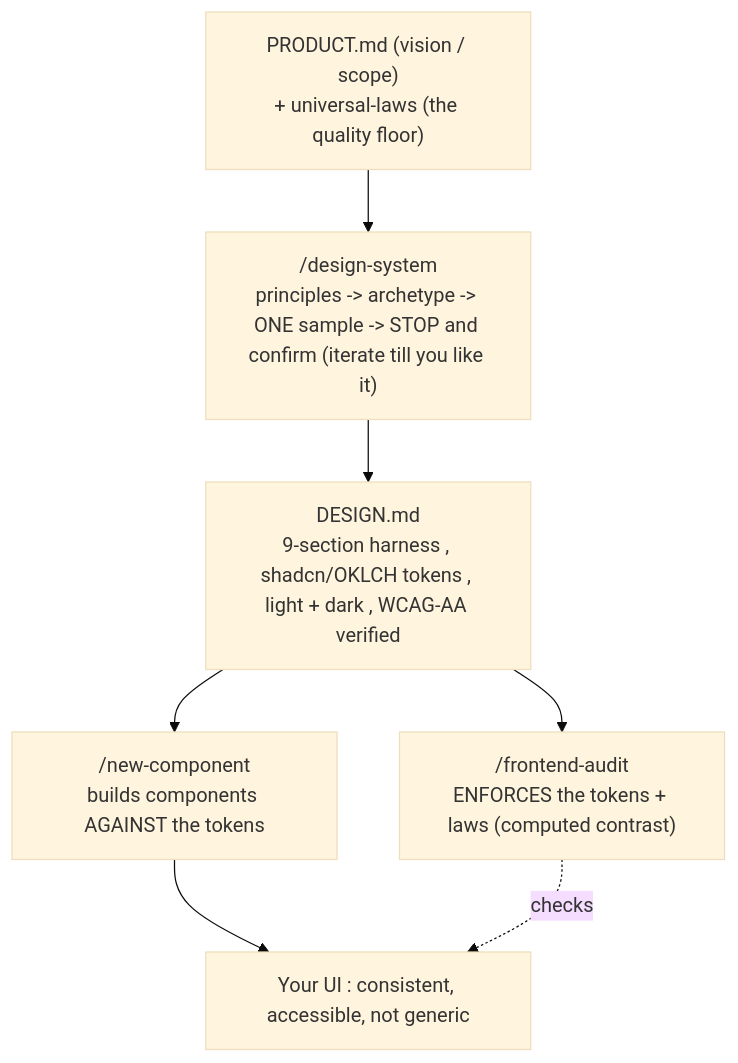
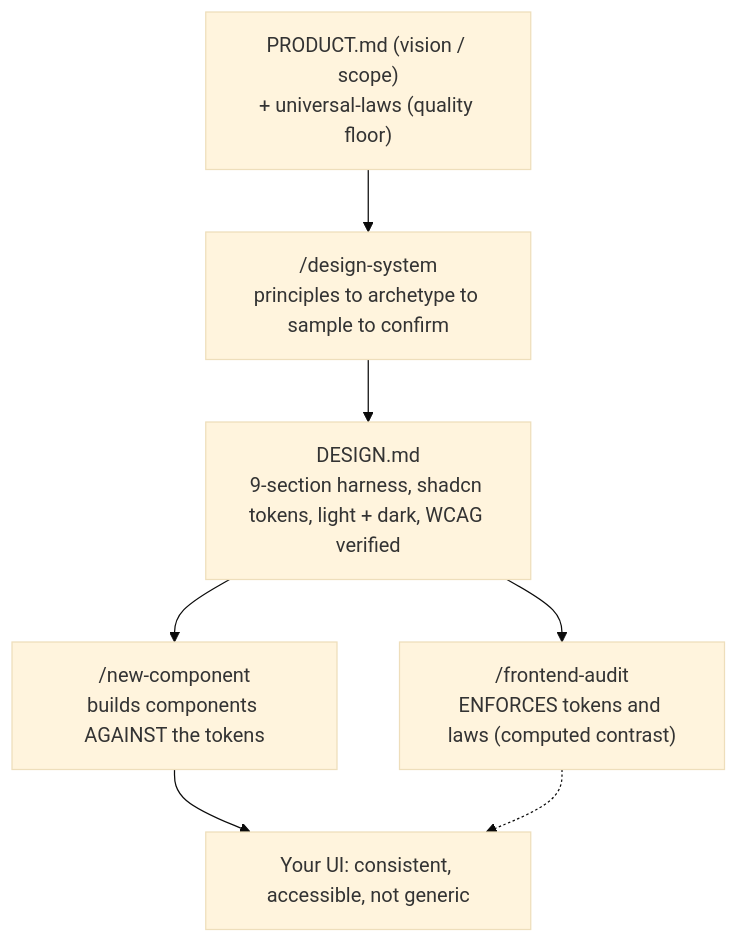
The second of 2 diagrams in README.md (kish21/product-playbook), drawn with Mermaid (base theme) before and after one commit. The commit also changed other lines of this file, not shown here.

Commit message:
fix(readme): replace non-standard bidirectional labels and dotted arrow syntax in mermaid (#54)
* feat(tickets): add /tickets skill, bundled issue/PR templates, and pre-flight remote guard (v1.5.0)

* fix(readme): replace non-standard bidirectional labels and dotted arrow syntax in mermaid

````diff
--- a/README.md
+++ b/README.md
@@ -147,9 +147,9 @@
 ```mermaid
 flowchart TD
-    P["PRODUCT.md (vision / scope)<br/>+ universal-laws (the quality floor)"] --> DS["/design-system<br/>principles -> archetype -> ONE sample -> STOP and confirm (iterate till you like it)"]
-    DS --> DM["DESIGN.md<br/>9-section harness , shadcn/OKLCH tokens , light + dark , WCAG-AA verified"]
+    P["PRODUCT.md (vision / scope)<br/>+ universal-laws (quality floor)"] --> DS["/design-system<br/>principles to archetype to sample to confirm"]
+    DS --> DM["DESIGN.md<br/>9-section harness, shadcn tokens, light + dark, WCAG verified"]
     DM --> NC["/new-component<br/>builds components AGAINST the tokens"]
-    DM --> FA["/frontend-audit<br/>ENFORCES the tokens + laws (computed contrast)"]
-    NC --> UI["Your UI : consistent, accessible, not generic"]
-    FA -.->|checks| UI
+    DM --> FA["/frontend-audit<br/>ENFORCES tokens and laws (computed contrast)"]
+    NC --> UI["Your UI: consistent, accessible, not generic"]
+    FA -.-> UI
 ```
````
